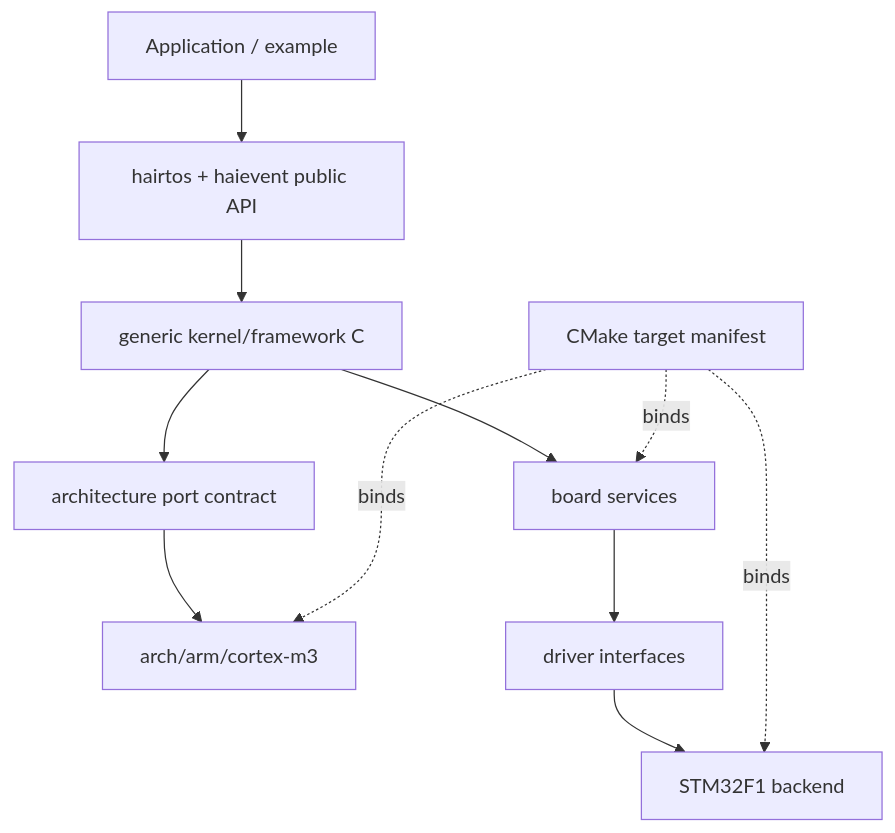
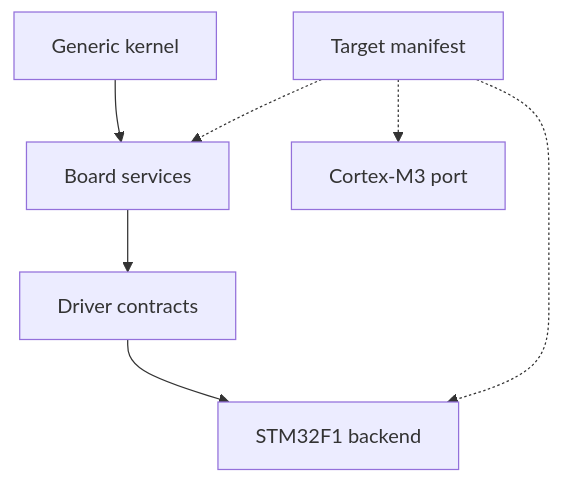
Before and after one commit to haikevins/hairtos: the second of 2 diagrams in docs/04-platform/drivers.md, drawn with Mermaid. The commit also changed other lines of this file and 82 other files, not shown here.

````diff
--- a/docs/04-platform/drivers.md
+++ b/docs/04-platform/drivers.md
@@ -44,13 +55,9 @@
 ```mermaid
-flowchart TD
-    APP["Application / example"] --> API["hairtos + haievent public API"]
-    API --> K["generic kernel/framework C"]
-    K --> PORT["architecture port contract"]
-    PORT --> ARCH["arch/arm/cortex-m3"]
-    K --> BOARD["board services"]
-    BOARD --> DRV["driver interfaces"]
+flowchart TB
+    K["Generic kernel"] --> BOARD["Board services"]
+    BOARD --> DRV["Driver contracts"]
     DRV --> SOC["STM32F1 backend"]
-    MAN["CMake target manifest"] -. binds .-> ARCH
-    MAN -. binds .-> SOC
-    MAN -. binds .-> BOARD
+    MAN["Target manifest"] -.-> BOARD
+    MAN -.-> SOC
+    MAN -.-> ARCH["Cortex-M3 port"]
 ```
````
